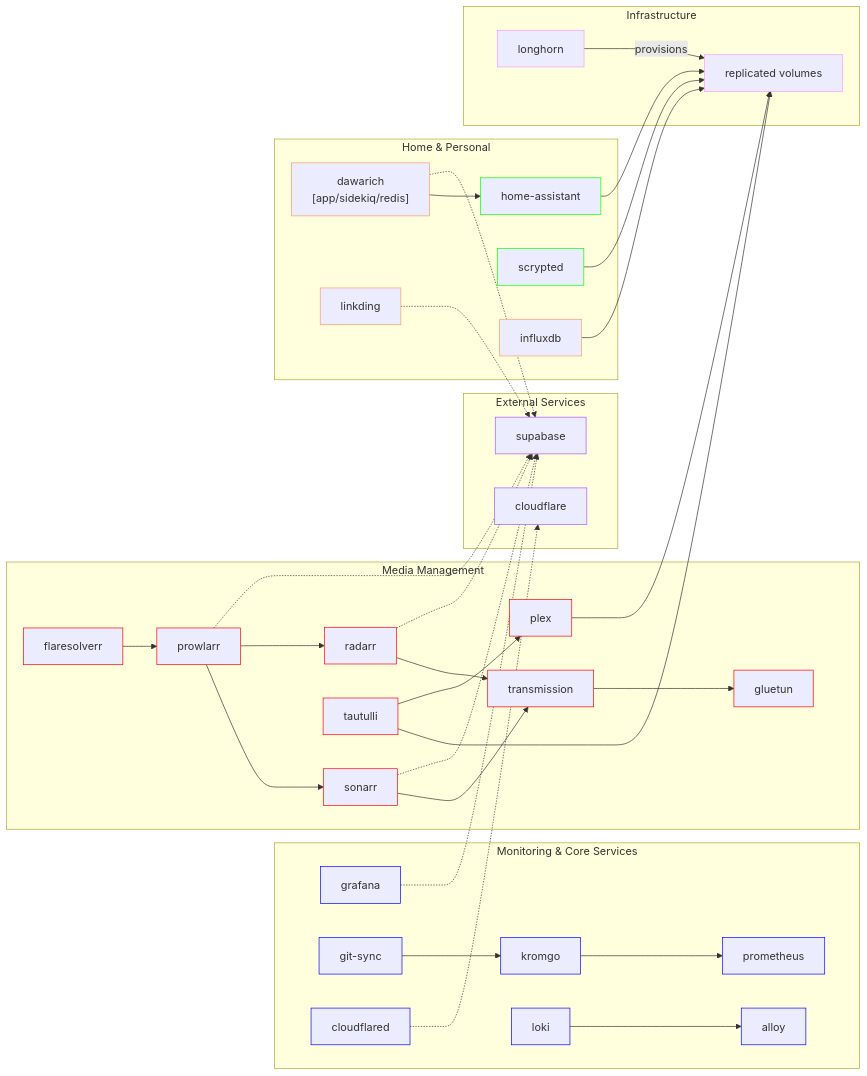
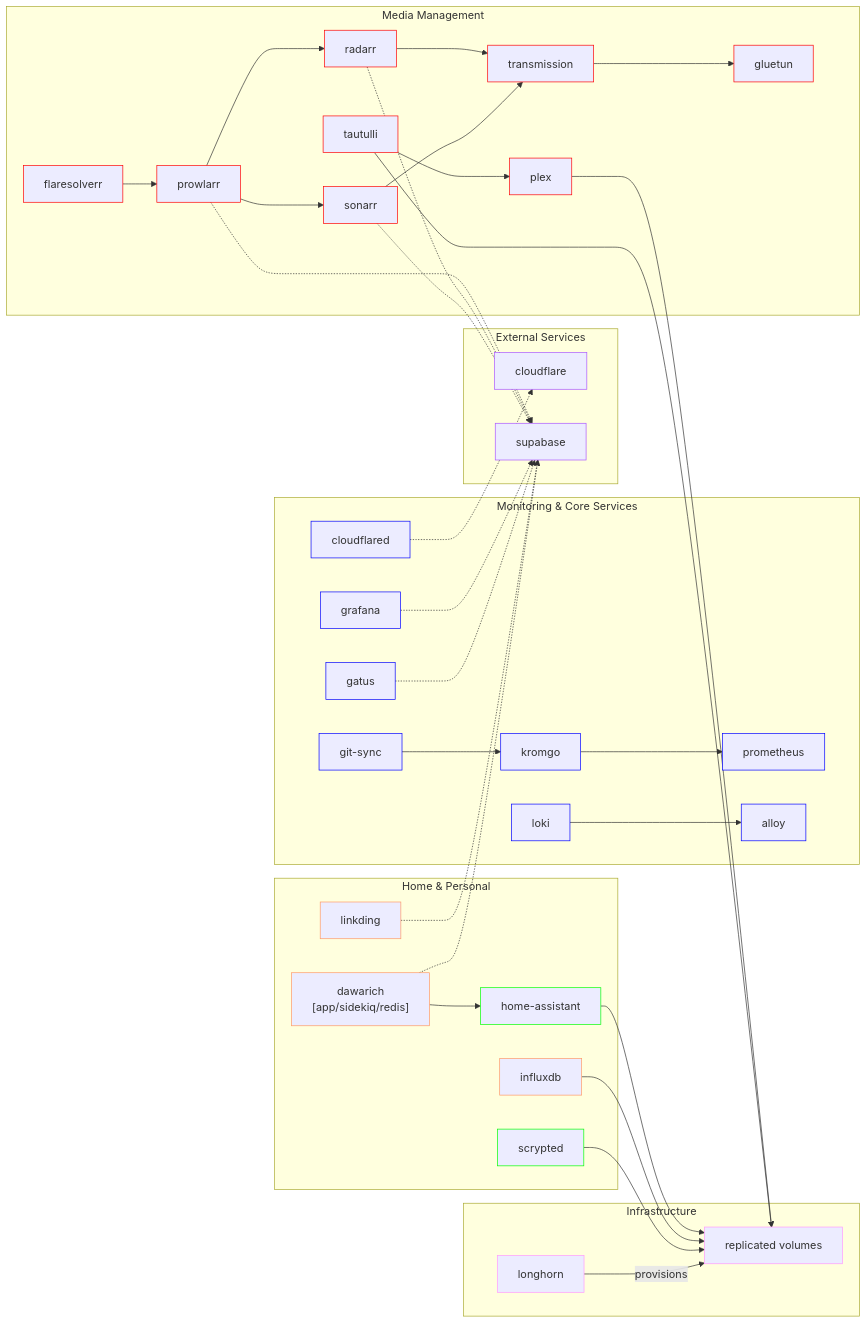
The first of 5 diagrams in README.md (jaredfiorali/infrastructure), drawn with Mermaid before and after one commit.

Commit message:
Add gatus to README

```diff
--- a/README.md
+++ b/README.md
@@ -130,6 +130,7 @@
         O[loki]:::blue
         K[alloy]:::blue
         W[cloudflared]:::blue
+        Q[gatus]:::blue
     end
 
     subgraph "Media Management"
@@ -164,6 +165,7 @@
     D -.-> Y
     V -.-> Y
     T -.-> Y
+    Q -.-> Y
 
     %% Monitoring flow
     Z --> N
```
